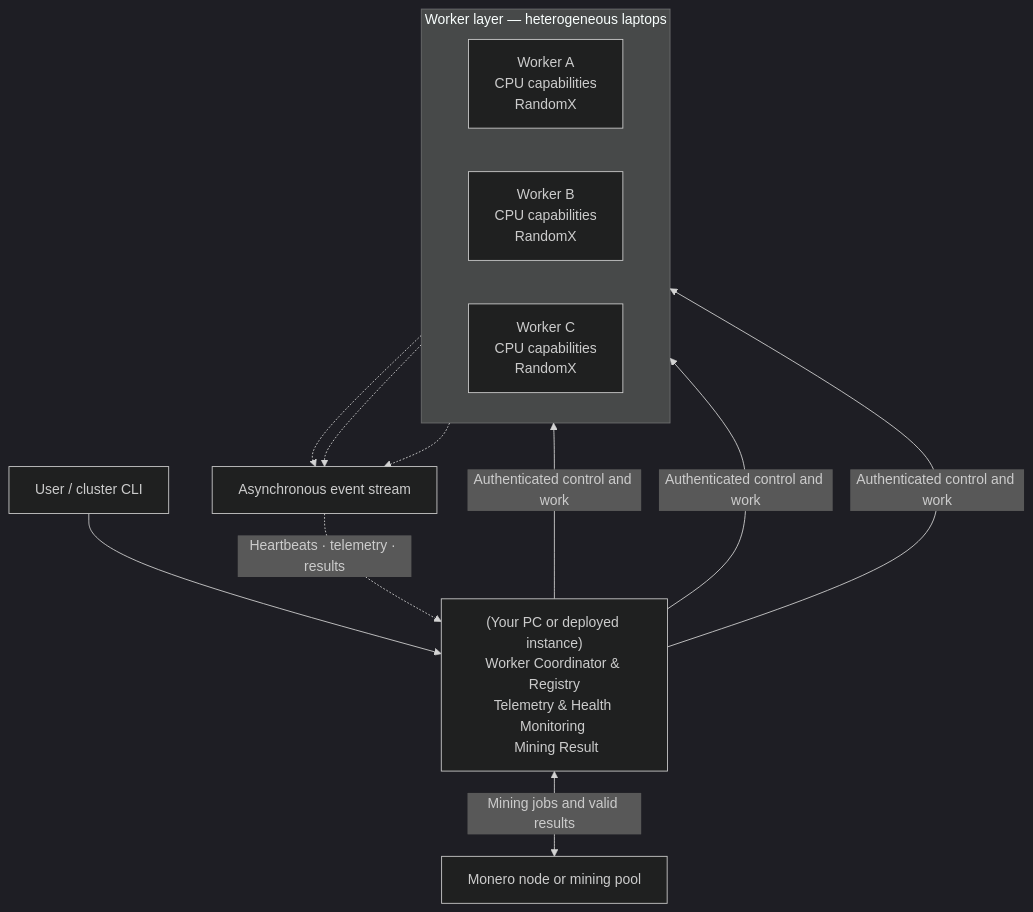
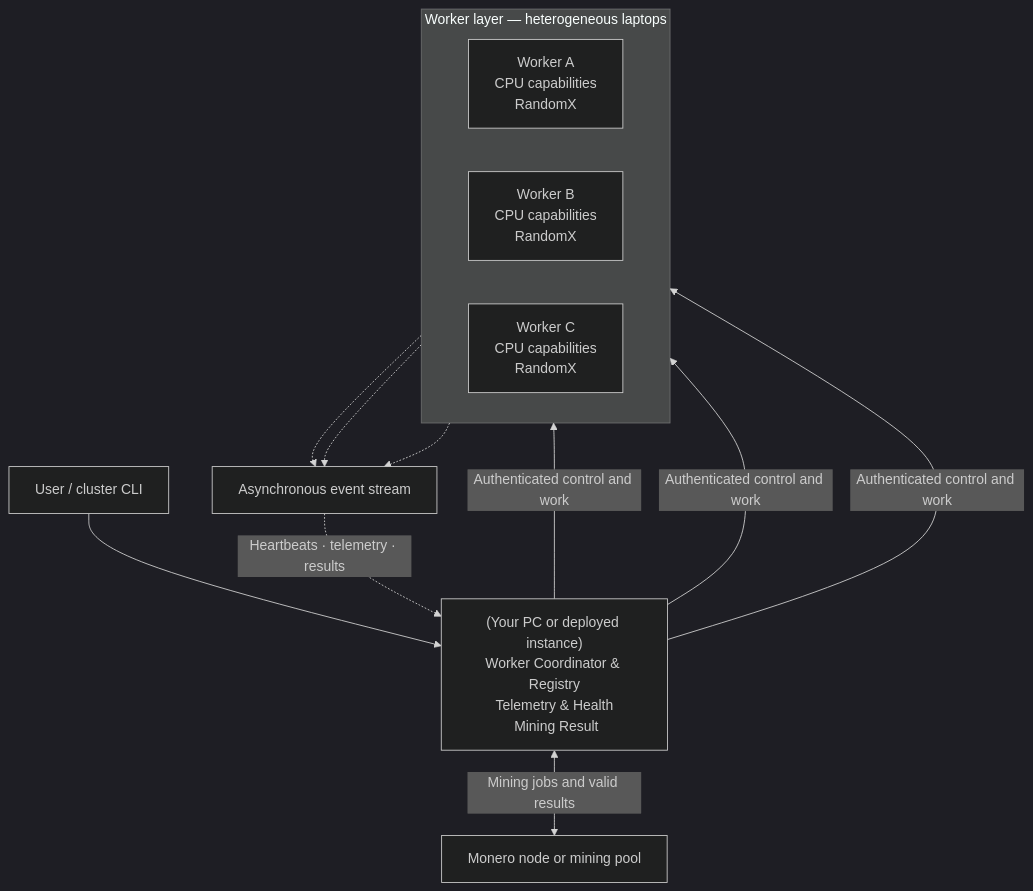
One commit to MoustAhmed/distributed-monero changed the diagram in README.md. Above: the diagram before and after it, drawn with Mermaid (dark theme).

````diff
--- a/README.md
+++ b/README.md
@@ -30,23 +30,23 @@
 ```mermaid
 flowchart TB
-    CLI["User / cluster CLI"] --> C["(Your PC or deployed instance)<br/>Worker Coordinator & Registry<br/>Telemetry & Health Monitoring <br/> Mining Result"]
+    CLI["User / cluster CLI"] --> C["(Your PC or deployed instance)<br/>Worker Coordinator & Registry<br/>Telemetry & Health<br/> Mining Result"]
 
     C <-->|"Mining jobs and valid results"| M["Monero node or mining pool"]
 
     subgraph Workers["Worker layer — heterogeneous laptops"]
         direction LR
         W1["Worker A<br/>CPU capabilities<br/>RandomX"]
         W2["Worker B<br/>CPU capabilities<br/>RandomX"]
         W3["Worker C<br/>CPU capabilities<br/>RandomX"]
     end
 
     C -->|"Authenticated control and work"| W1
     C -->|"Authenticated control and work"| W2
     C -->|"Authenticated control and work"| W3
 
     W1 -.-> E["Asynchronous event stream"]
     W2 -.-> E
     W3 -.-> E
 
     E -.->|"Heartbeats · telemetry · results"| C
 ```
````
